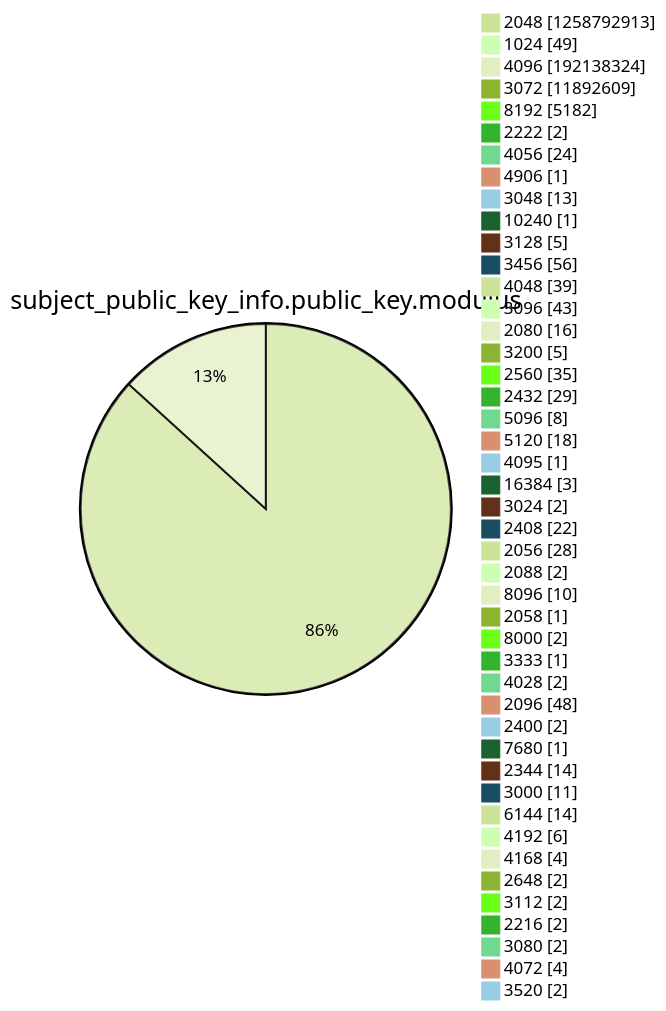
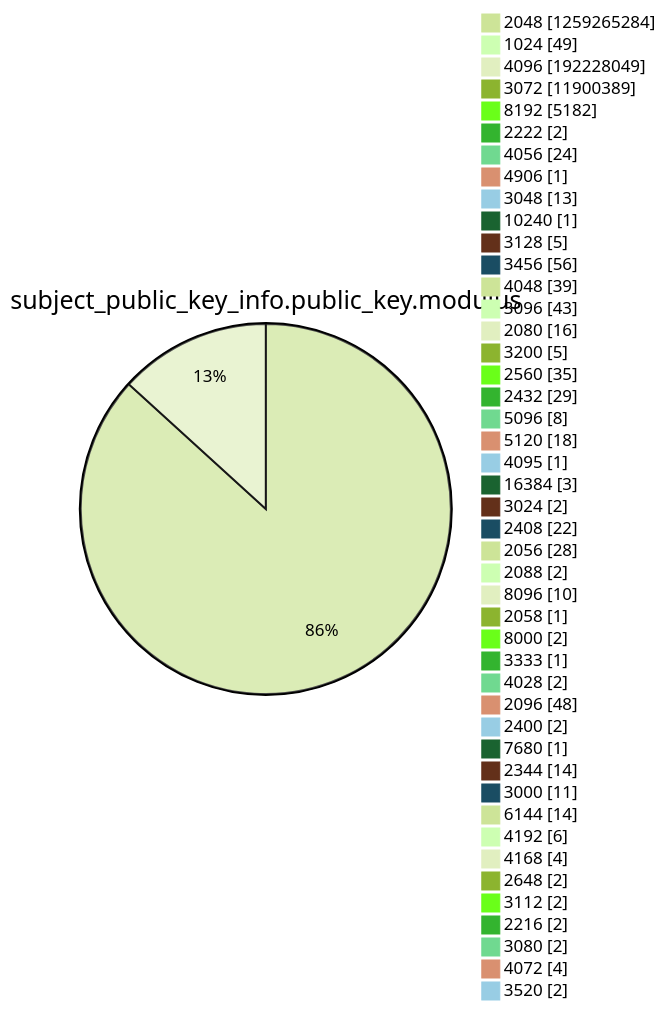
Before and after one commit to christiankrug/ctmonitor_visualization: diagram 13 of 15 in xenon2022/README.md, drawn with Mermaid (forest theme). The commit also changed other lines of this file, not shown here.

````diff
--- a/xenon2022/README.md
+++ b/xenon2022/README.md
@@ -3920,49 +3920,49 @@
 ```mermaid
 pie showData
 title subject_public_key_info.public_key.modulus
-"2048" :1258792913
+"2048" :1259265284
 "1024" :49
-"4096" :192138324
-"3072" :11892609
+"4096" :192228049
+"3072" :11900389
 "8192" :5182
 "2222" :2
 "4056" :24
 "4906" :1
 "3048" :13
 "10240" :1
 "3128" :5
 "3456" :56
 "4048" :39
 "3096" :43
 "2080" :16
 "3200" :5
 "2560" :35
 "2432" :29
 "5096" :8
 "5120" :18
 "4095" :1
 "16384" :3
 "3024" :2
 "2408" :22
 "2056" :28
 "2088" :2
 "8096" :10
 "2058" :1
 "8000" :2
 "3333" :1
 "4028" :2
 "2096" :48
 "2400" :2
 "7680" :1
 "2344" :14
 "3000" :11
 "6144" :14
 "4192" :6
 "4168" :4
 "2648" :2
 "3112" :2
 "2216" :2
 "3080" :2
 "4072" :4
 "3520" :2
 ```
````
